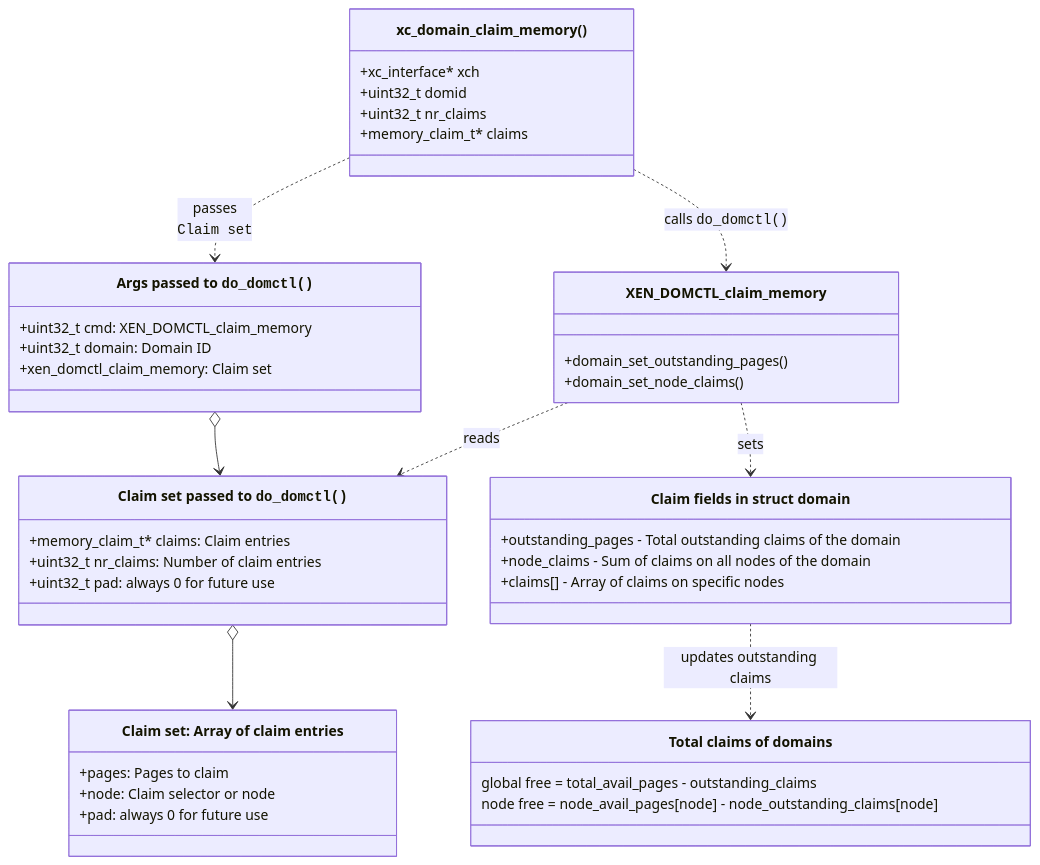
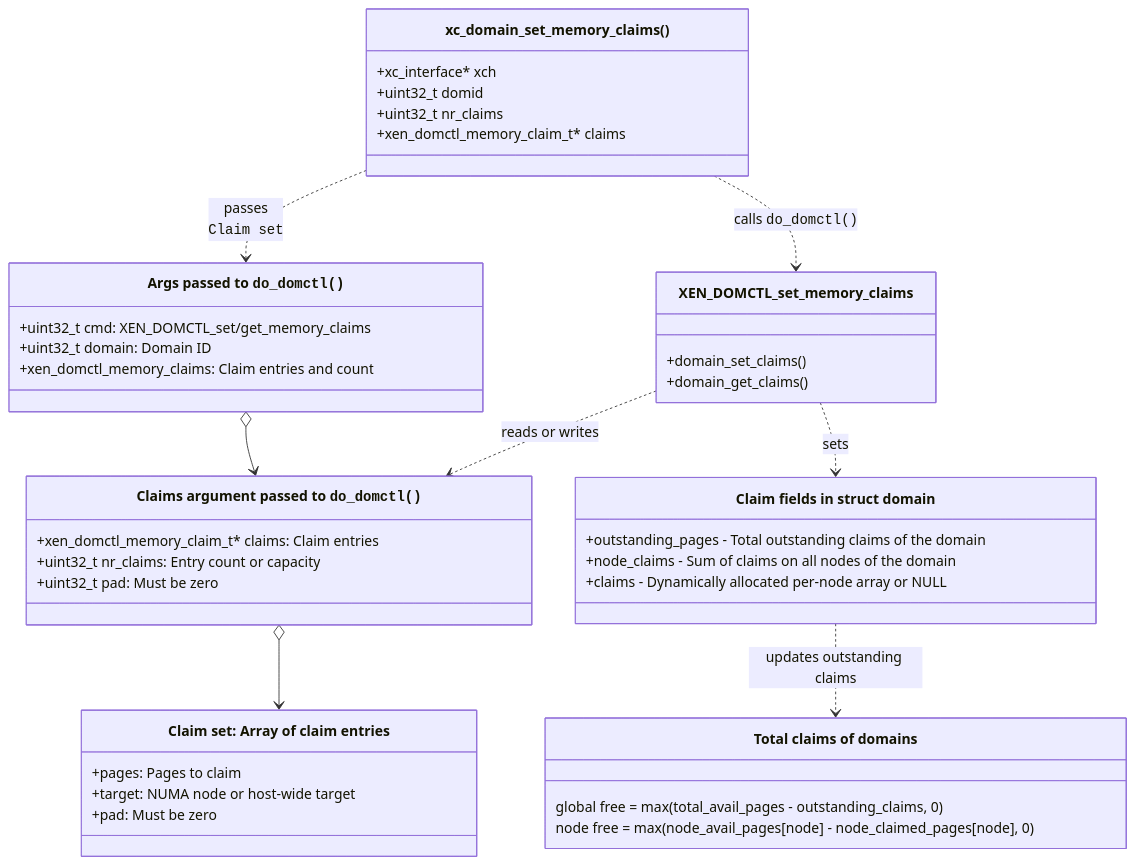
One commit to xenserver-next/xen changed the diagram in docs/guest-guide/dom/DOMCTL_claim_memory-data.mmd. Above: the diagram before and after it, drawn with Mermaid. The commit also changed 14 other files, not shown here.

```diff
--- a/docs/guest-guide/dom/DOMCTL_claim_memory-data.mmd
+++ b/docs/guest-guide/dom/DOMCTL_claim_memory-data.mmd
@@ -1,43 +1,43 @@
 %% SPDX-License-Identifier: CC-BY-4.0
 classDiagram
 class do_domctl["Args passed to <tt>do_domctl()</tt>"] {
-    +uint32_t cmd: XEN_DOMCTL_claim_memory
+    +uint32_t cmd: XEN_DOMCTL_set/get_memory_claims
     +uint32_t domain: Domain ID
-    +xen_domctl_claim_memory: Claim set
+    +xen_domctl_memory_claims: Claim entries and count
 }
-class xen_domctl_claim_memory["Claim set passed to <tt>do_domctl()</tt>"] {
-    +memory_claim_t* claims: Claim entries
-    +uint32_t nr_claims: Number of claim entries
-    +uint32_t pad: always 0 for future use
+class xen_domctl_memory_claims["Claims argument passed to <tt>do_domctl()</tt>"] {
+    +xen_domctl_memory_claim_t* claims: Claim entries
+    +uint32_t nr_claims: Entry count or capacity
+    +uint32_t pad: Must be zero
 }
-class memory_claim_t["Claim set: Array of claim entries"] {
+class xen_domctl_memory_claim_t["Claim set: Array of claim entries"] {
     +pages: Pages to claim
-    +node: Claim selector or node
-    +pad: always 0 for future use
+    +target: NUMA node or host-wide target
+    +pad: Must be zero
 }
-class xc_domain_claim_memory["xc_domain_claim_memory()"] {
+class xc_domain_set_memory_claims["xc_domain_set_memory_claims()"] {
     +xc_interface* xch
     +uint32_t domid
     +uint32_t nr_claims
-    +memory_claim_t* claims
+    +xen_domctl_memory_claim_t* claims
 }
 class outstanding_pages["Total claims of domains"] {
-    global free = total_avail_pages - outstanding_claims
-    node free = node_avail_pages[node] - node_outstanding_claims[node]
+    global free = max(total_avail_pages - outstanding_claims, 0)
+    node free = max(node_avail_pages[node] - node_claimed_pages[node], 0)
 }
-class claim["XEN_DOMCTL_claim_memory"] {
-    +domain_set_outstanding_pages()
-    +domain_set_node_claims()
+class claim["XEN_DOMCTL_set_memory_claims"] {
+    +domain_set_claims()
+    +domain_get_claims()
 }
 class domain["Claim fields in struct domain"] {
     +outstanding_pages - Total outstanding claims of the domain
     +node_claims - Sum of claims on all nodes of the domain
-    +claims[] - Array of claims on specific nodes
+    +claims - Dynamically allocated per-node array or NULL
 }
-xen_domctl_claim_memory o--> memory_claim_t
-do_domctl o--> xen_domctl_claim_memory
-xc_domain_claim_memory ..> do_domctl: passes<br> <tt>Claim set</tt>
-xc_domain_claim_memory ..> claim : calls <tt>do_domctl()</tt>
-claim ..> xen_domctl_claim_memory : reads
+xen_domctl_memory_claims o--> xen_domctl_memory_claim_t
+do_domctl o--> xen_domctl_memory_claims
+xc_domain_set_memory_claims ..> do_domctl: passes<br> <tt>Claim set</tt>
+xc_domain_set_memory_claims ..> claim : calls <tt>do_domctl()</tt>
+claim ..> xen_domctl_memory_claims : reads or writes
 claim ..> domain : sets
 domain ..> outstanding_pages : updates outstanding claims
```
